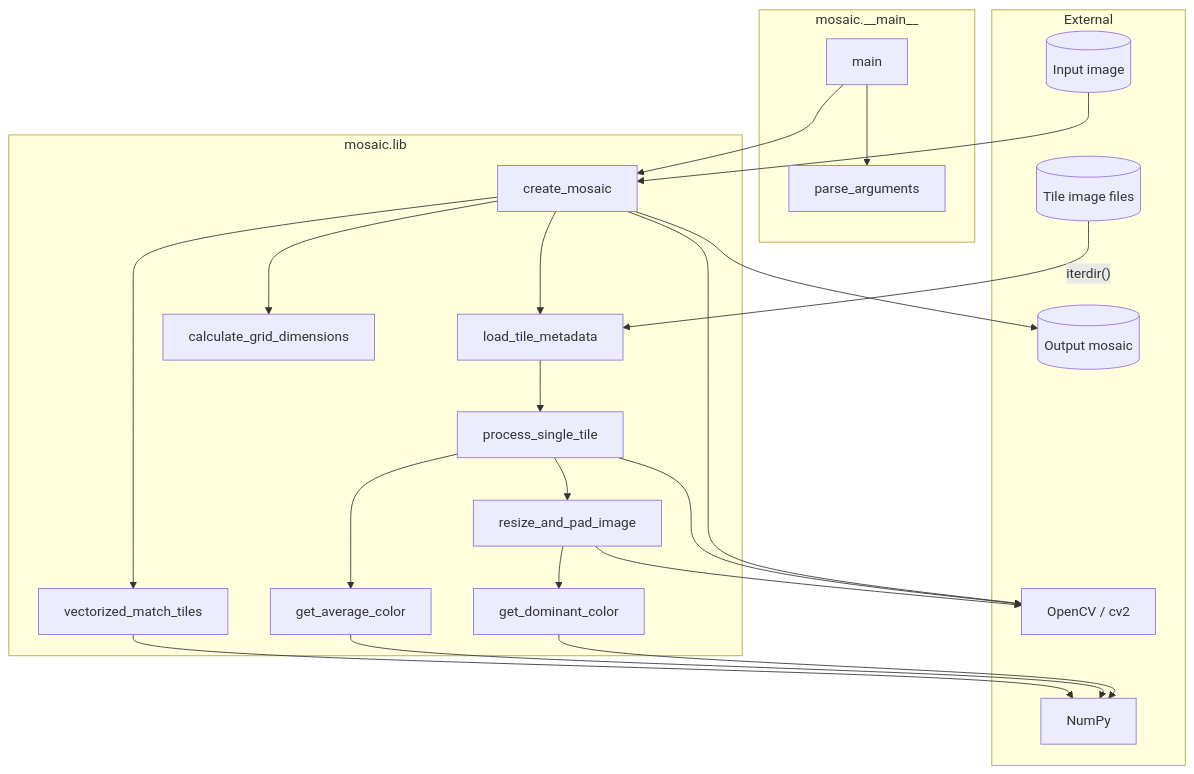
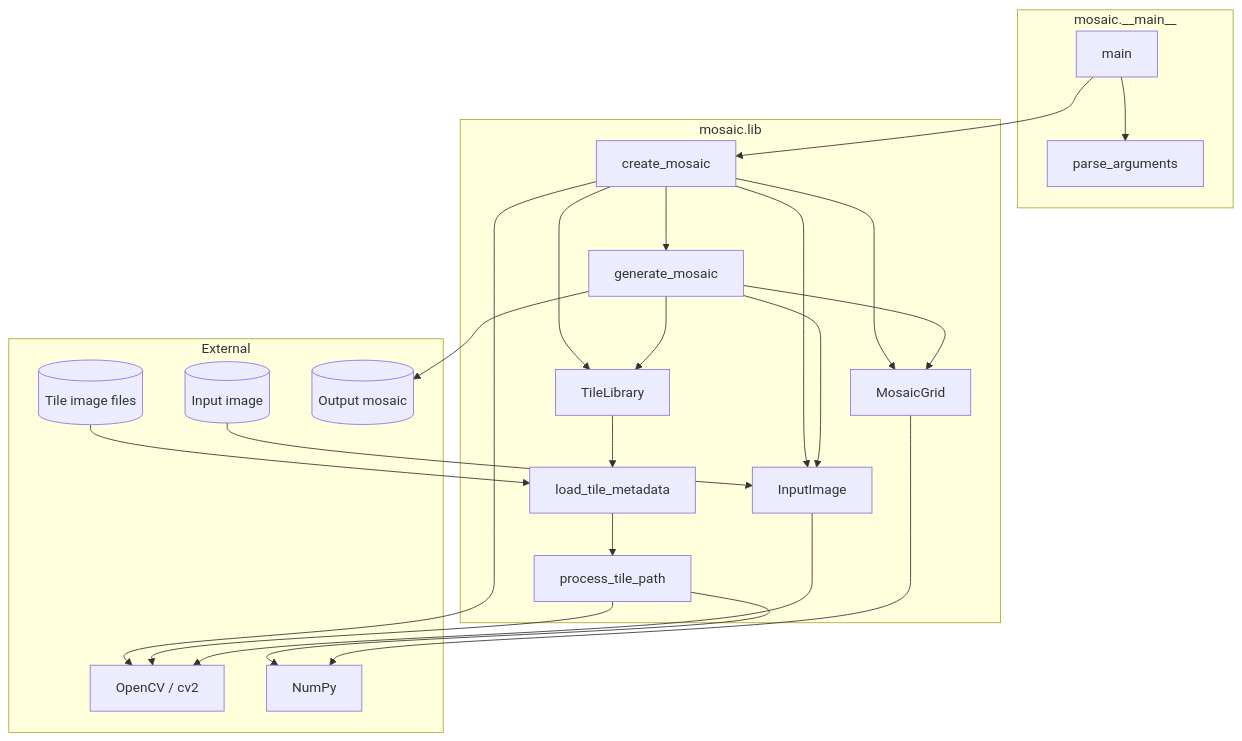
The first of 2 diagrams in doc/architecture.md (frankhjung/python-mosaic), drawn with Mermaid before and after one commit. The commit also changed other lines of this file and 1 other file, not shown here.

Commit message:
docs: update architecture diagrams and document new test files

````diff
--- a/doc/architecture.md
+++ b/doc/architecture.md
@@ -52,50 +53,50 @@
 ```mermaid
 graph TD
     subgraph CLI ["mosaic.__main__"]
         A[parse_arguments]
         B[main]
     end
 
     subgraph LIB ["mosaic.lib"]
         C[create_mosaic]
-        D[load_tile_metadata]
-        E[process_single_tile]
-        F[resize_and_pad_image]
-        G[get_dominant_color]
-        H[get_average_color]
-        I[vectorized_match_tiles]
-        J[calculate_grid_dimensions]
+        D[generate_mosaic]
+        E[InputImage]
+        F[TileLibrary]
+        G[MosaicGrid]
+        H[load_tile_metadata]
+        I[process_tile_path]
     end
 
     subgraph EXT ["External"]
-        K[(Tile image files)]
-        L[(Input image)]
-        M[(Output mosaic)]
-        N[OpenCV / cv2]
-        O[NumPy]
+        J[(Tile image files)]
+        K[(Input image)]
+        L[(Output mosaic)]
+        M[OpenCV / cv2]
+        N[NumPy]
     end
 
     B --> A
     B --> C
 
-    C --> J
+    C --> E
+    C --> G
+    C --> F
     C --> D
-    C --> I
-    C --> N
+    C --> M
 
     D --> E
-    E --> F
-    E --> H
-    E --> N
+    D --> F
+    D --> G
 
-    F --> G
-    F --> N
+    F --> H
+    H --> I
+    I --> M
+    I --> N
 
-    G --> O
-    H --> O
-    I --> O
+    E --> M
+    G --> N
 
-    K -->|"iterdir()"| D
-    L --> C
-    C --> M
+    J --> H
+    K --> E
+    D --> L
 ```
````
